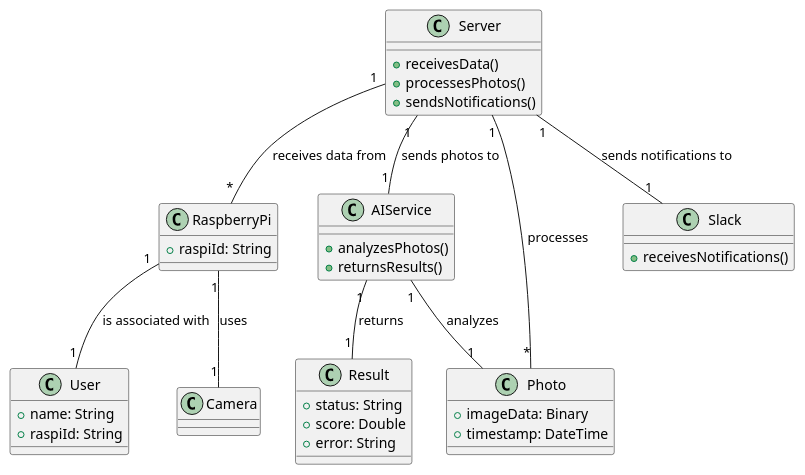
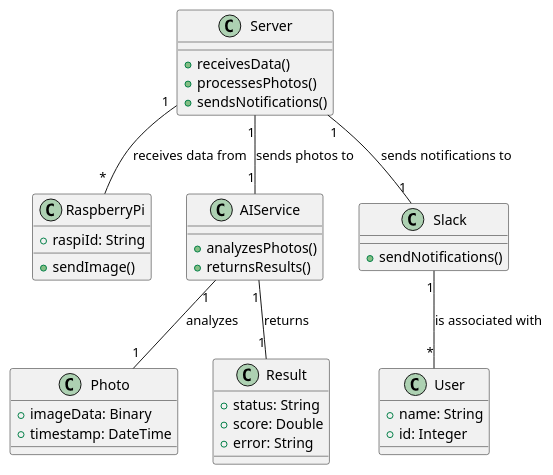
Before and after one commit to kangy106/OkatadukeClub: the diagram in class.pu, drawn with PlantUML.

Commit message:
クラス図の修正

```diff
--- a/class.pu
+++ b/class.pu
@@ -1,53 +1,48 @@
 @startuml
 ' クラス図: ラズパイ、サーバ、AIサービス、Slackの関係を表現
 
 class RaspberryPi {
     + raspiId: String
+    + sendImage()
 }
-
-class Camera {
-}
-
-RaspberryPi "1" -- "1" Camera : uses
 
 class Server {
     + receivesData()
     + processesPhotos()
     + sendsNotifications()
 }
 
 class AIService {
     + analyzesPhotos()
     + returnsResults()
 }
 
 Server "1" -- "*" RaspberryPi : receives data from
 Server "1" -- "1" AIService : sends photos to
 
 class Photo {
     + imageData: Binary
     + timestamp: DateTime
 }
 
 class Result {
     + status: String
     + score: Double
     + error: String
 }
 
 class User {
     + name: String
-    + raspiId: String
+    + id: Integer
 }
 
-Server "1" -- "*" Photo : processes
 AIService "1" -- "1" Photo : analyzes
 AIService "1" -- "1" Result : returns
-RaspberryPi "1" -- "1" User : is associated with
+Slack "1" -- "*" User : is associated with
 
 class Slack {
-    + receivesNotifications()
+    + sendNotifications()
 }
 
 Server "1" -- "1" Slack : sends notifications to
 @enduml
```
